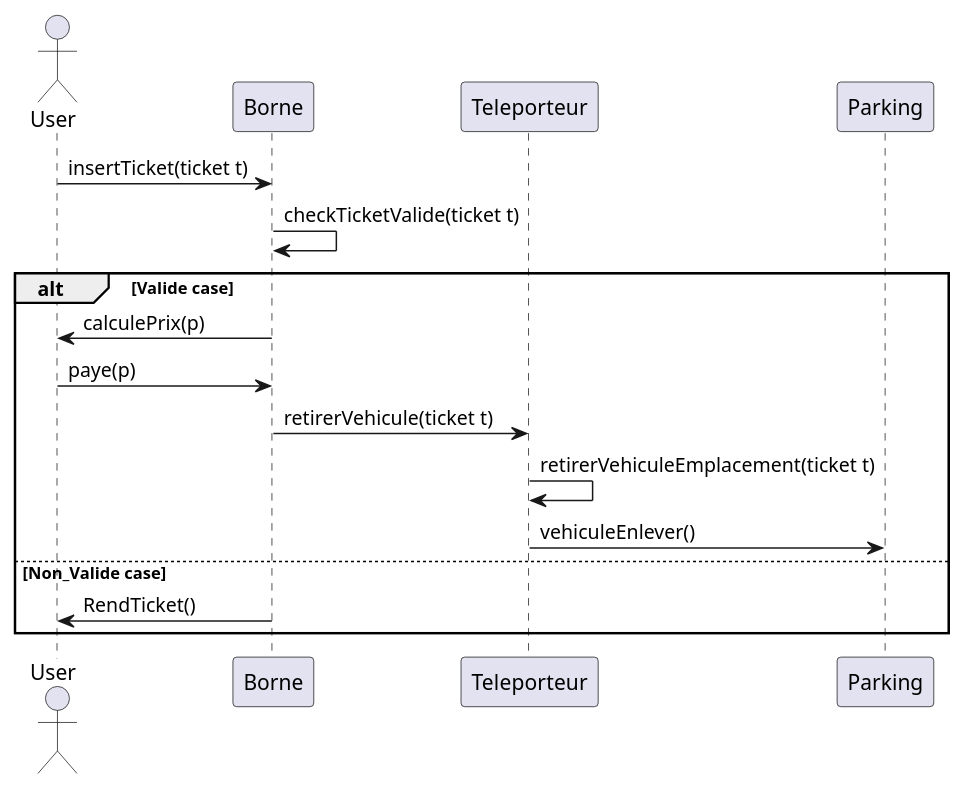
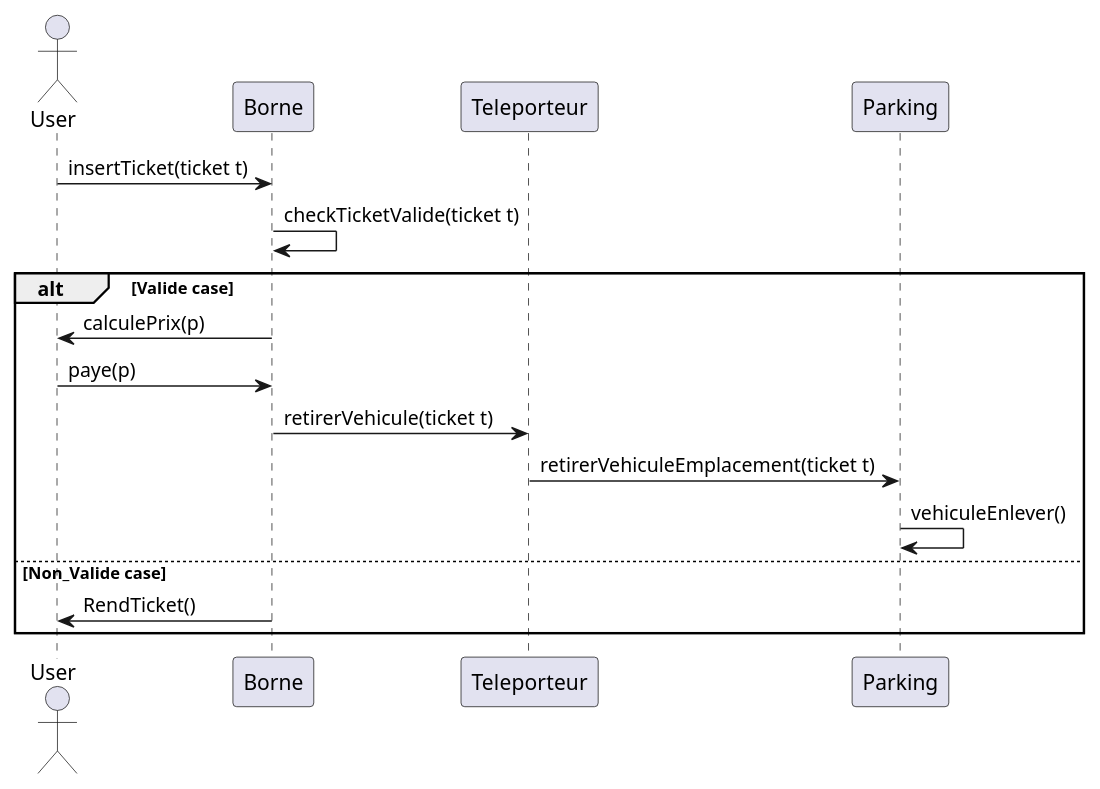
The diagram in Documentation/sequence_recup-vehicule.pu (YoannGa/PTUT2018), drawn with PlantUML before and after one commit. The commit also changed 2 other files, not shown here.

```diff
--- a/Documentation/sequence_recup-vehicule.pu
+++ b/Documentation/sequence_recup-vehicule.pu
@@ -1,15 +1,15 @@
 @startuml
 actor User as U
 U -> Borne: insertTicket(ticket t)
 Borne -> Borne: checkTicketValide(ticket t)
 
 alt Valide case
   Borne -> U: calculePrix(p)
   U -> Borne: paye(p)
   Borne -> Teleporteur: retirerVehicule(ticket t)
-  Teleporteur -> Teleporteur: retirerVehiculeEmplacement(ticket t)
-  Teleporteur -> Parking: vehiculeEnlever()
+  Teleporteur -> Parking: retirerVehiculeEmplacement(ticket t)
+  Parking -> Parking: vehiculeEnlever()
 else Non_Valide case
   Borne -> U:RendTicket()
 end
 @enduml
```
